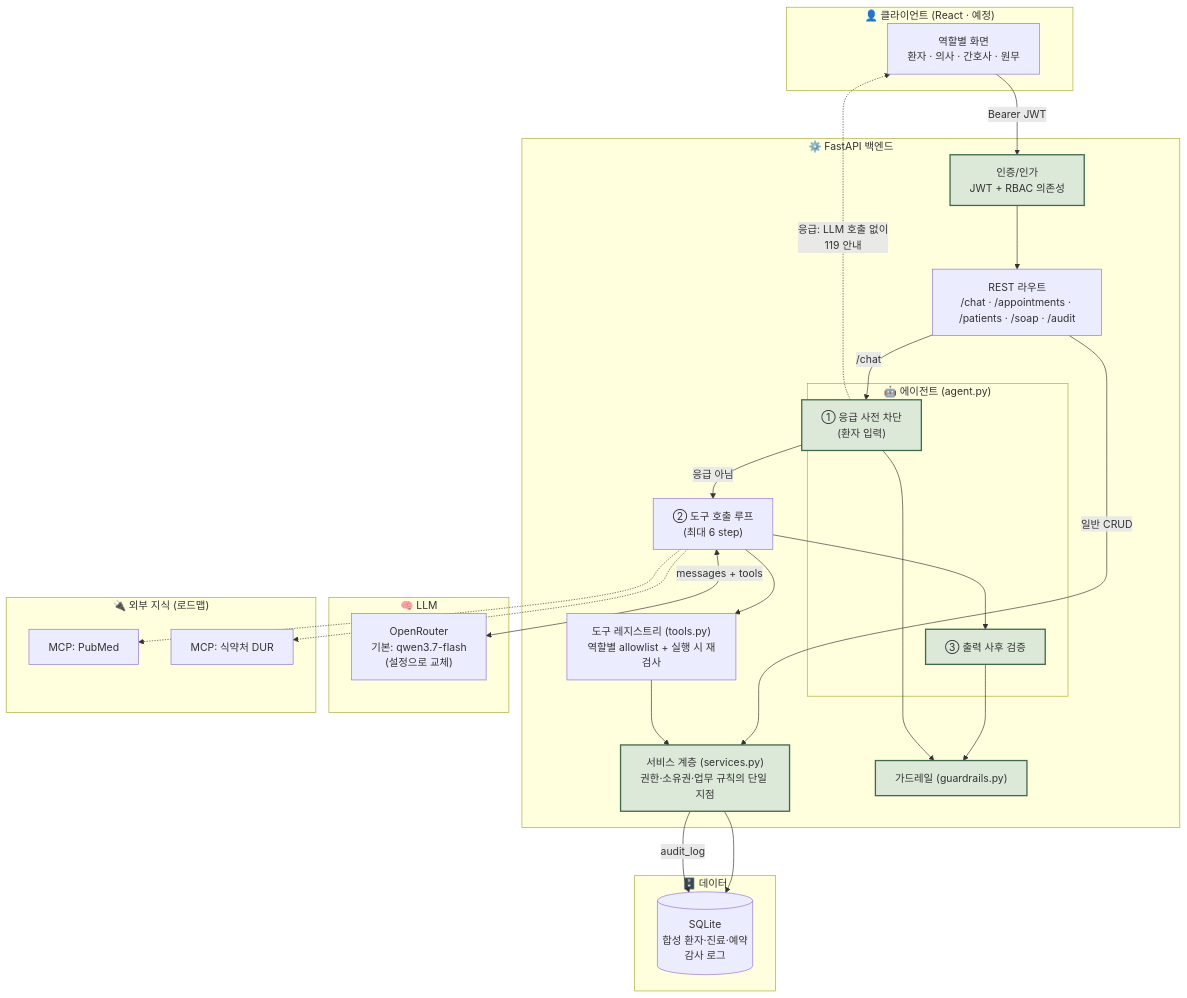
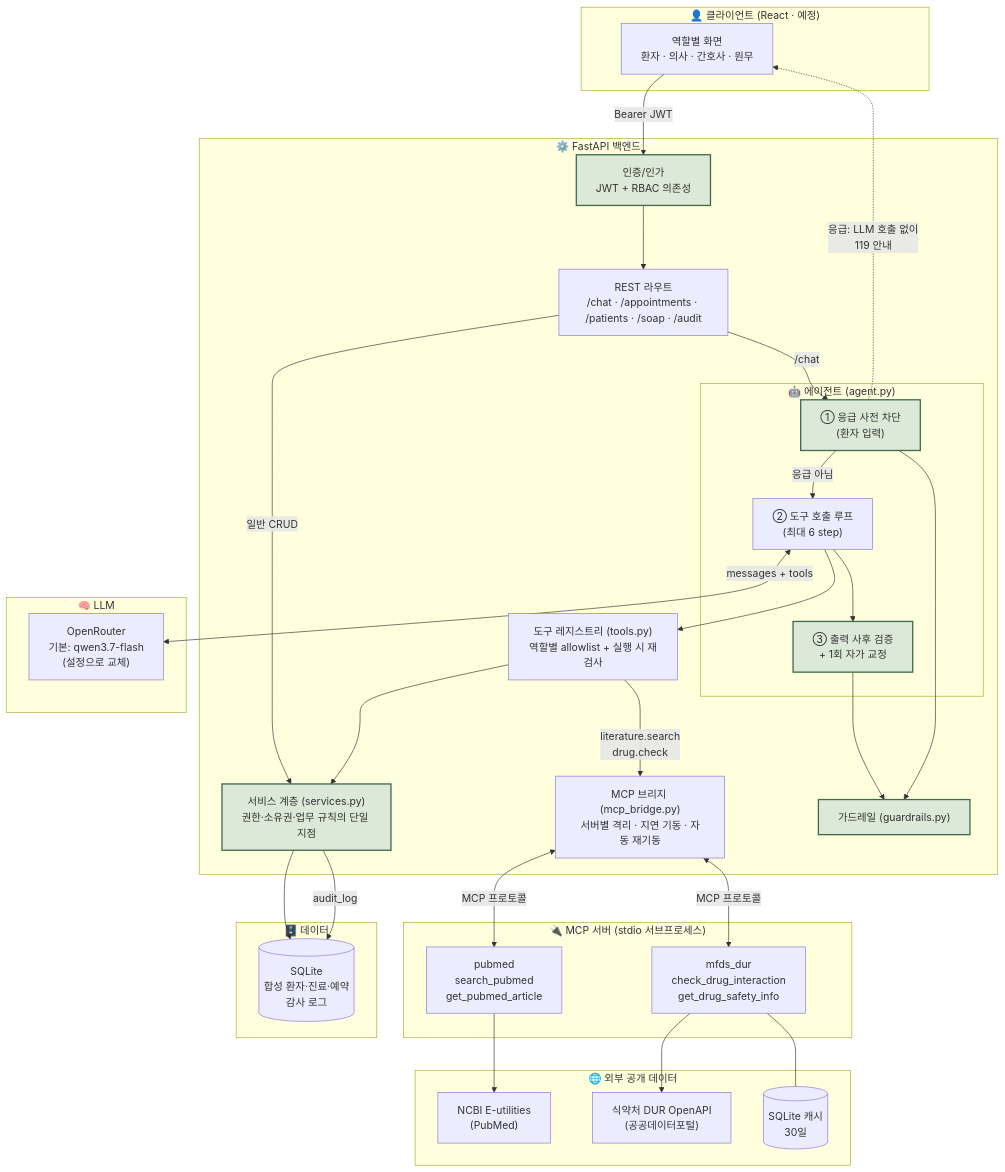
One commit to minhahamin/mediRail changed the first of 5 diagrams in README.md. Above: the diagram before and after it, drawn with Mermaid. The commit also changed other lines of this file, not shown here.

First line of the commit message:
docs: README에 MCP 서버·자가 교정·실환경 테스트 결과 반영

````diff
--- a/README.md
+++ b/README.md
@@ -45,47 +48,59 @@
 ```mermaid
 flowchart TB
     subgraph Client["👤 클라이언트 (React · 예정)"]
         UI["역할별 화면<br/>환자 · 의사 · 간호사 · 원무"]
     end
 
     subgraph API["⚙️ FastAPI 백엔드"]
         AUTH["인증/인가<br/>JWT + RBAC 의존성"]
         ROUTES["REST 라우트<br/>/chat · /appointments · /patients · /soap · /audit"]
         subgraph AGENT["🤖 에이전트 (agent.py)"]
             PRE["① 응급 사전 차단<br/>(환자 입력)"]
             LOOP["② 도구 호출 루프<br/>(최대 6 step)"]
-            POST["③ 출력 사후 검증"]
+            POST["③ 출력 사후 검증<br/>+ 1회 자가 교정"]
         end
         TOOLS["도구 레지스트리 (tools.py)<br/>역할별 allowlist + 실행 시 재검사"]
         SVC["서비스 계층 (services.py)<br/>권한·소유권·업무 규칙의 단일 지점"]
         GR["가드레일 (guardrails.py)"]
+        BRIDGE["MCP 브리지 (mcp_bridge.py)<br/>서버별 격리 · 지연 기동 · 자동 재기동"]
     end
 
     subgraph Data["🗄️ 데이터"]
         DB[("SQLite<br/>합성 환자·진료·예약<br/>감사 로그")]
     end
 
     subgraph LLM["🧠 LLM"]
         OR["OpenRouter<br/>기본: qwen3.7-flash<br/>(설정으로 교체)"]
     end
 
-    subgraph Ext["🔌 외부 지식 (로드맵)"]
-        MCP1["MCP: PubMed"]
-        MCP2["MCP: 식약처 DUR"]
+    subgraph MCP["🔌 MCP 서버 (stdio 서브프로세스)"]
+        PUB["pubmed<br/>search_pubmed<br/>get_pubmed_article"]
+        DUR["mfds_dur<br/>check_drug_interaction<br/>get_drug_safety_info"]
+    end
+
+    subgraph EXT["🌐 외부 공개 데이터"]
+        NCBI["NCBI E-utilities<br/>(PubMed)"]
+        MFDS["식약처 DUR OpenAPI<br/>(공공데이터포털)"]
+        CACHE[("SQLite 캐시<br/>30일")]
     end
 
     UI -->|Bearer JWT| AUTH --> ROUTES
     ROUTES -->|일반 CRUD| SVC
     ROUTES -->|/chat| PRE
     PRE -->|응급 아님| LOOP
     PRE -.->|응급: LLM 호출 없이<br/>119 안내| UI
     LOOP <-->|messages + tools| OR
     LOOP --> TOOLS --> SVC --> DB
+    TOOLS -->|literature.search<br/>drug.check| BRIDGE
+    BRIDGE <-->|MCP 프로토콜| PUB
+    BRIDGE <-->|MCP 프로토콜| DUR
+    PUB --> NCBI
+    DUR --> MFDS
+    DUR --- CACHE
     LOOP --> POST --> GR
     PRE --> GR
-    LOOP -.-> MCP1 & MCP2
     SVC -->|audit_log| DB
 
     classDef safe fill:#dce8d8,stroke:#3e6b4a,stroke-width:2px;
     class PRE,POST,GR,SVC,AUTH safe;
 ```
````
